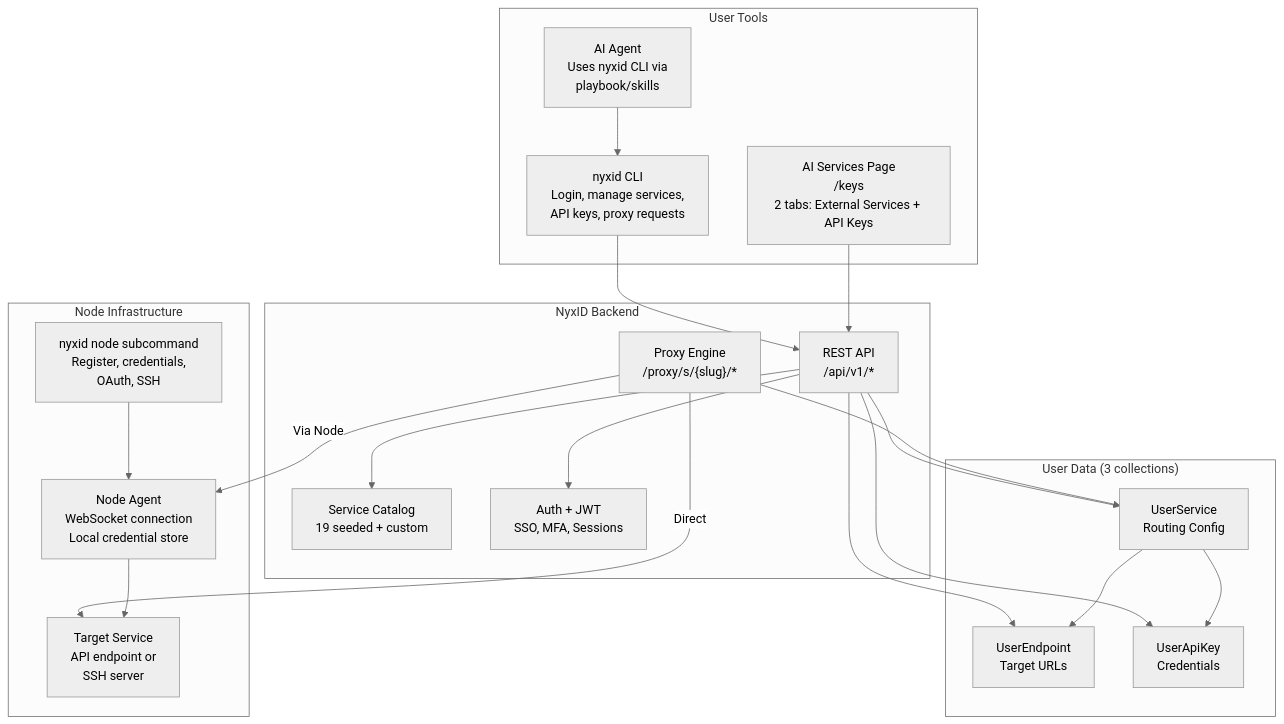
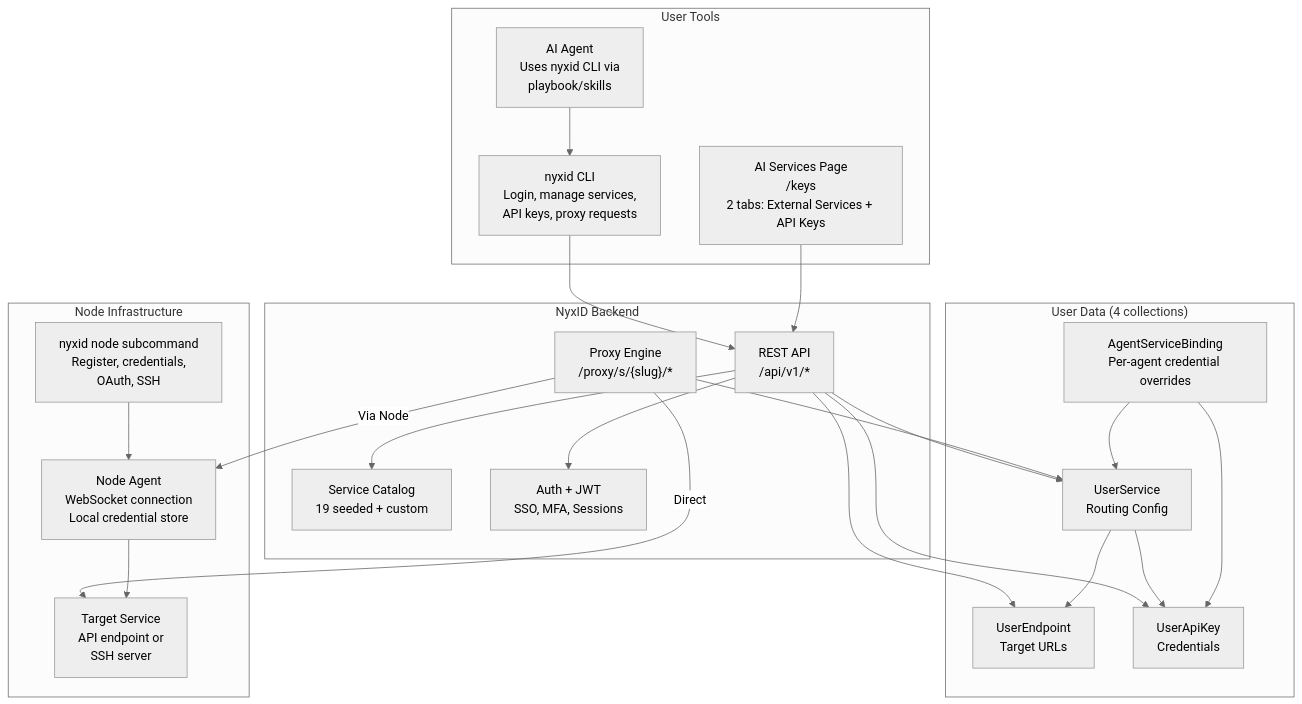
One commit to yonasBSD/NyxID changed the first of 8 diagrams in docs/AI_SERVICES_ARCHITECTURE.md. Above: the diagram before and after it, drawn with Mermaid (neutral theme). The commit also changed other lines of this file and 95 other files, not shown here.

````diff
--- a/docs/AI_SERVICES_ARCHITECTURE.md
+++ b/docs/AI_SERVICES_ARCHITECTURE.md
@@ -11,45 +11,49 @@
 ```mermaid
 graph TB
     subgraph "User Tools"
         CLI["nyxid CLI<br/>Login, manage services,<br/>API keys, proxy requests"]
         WEB["AI Services Page<br/>/keys<br/>2 tabs: External Services + API Keys"]
         AI["AI Agent<br/>Uses nyxid CLI via<br/>playbook/skills"]
     end
 
     subgraph "NyxID Backend"
         API["REST API<br/>/api/v1/*"]
         PROXY["Proxy Engine<br/>/proxy/s/{slug}/*"]
         CATALOG["Service Catalog<br/>19 seeded + custom"]
         AUTH["Auth + JWT<br/>SSO, MFA, Sessions"]
     end
 
-    subgraph "User Data (3 collections)"
+    subgraph "User Data (4 collections)"
         UE["UserEndpoint<br/>Target URLs"]
         UAK["UserApiKey<br/>Credentials"]
         US["UserService<br/>Routing Config"]
+        ASB["AgentServiceBinding<br/>Per-agent credential overrides"]
     end
 
     subgraph "Node Infrastructure"
         NODE_CLI["nyxid node subcommand<br/>Register, credentials,<br/>OAuth, SSH"]
         NODE["Node Agent<br/>WebSocket connection<br/>Local credential store"]
         TARGET["Target Service<br/>API endpoint or<br/>SSH server"]
     end
 
     CLI --> API
     WEB --> API
     AI --> CLI
 
     API --> UE & UAK & US
     API --> CATALOG
     API --> AUTH
 
     PROXY --> US
     US --> UE
     US --> UAK
 
     PROXY -->|"Direct"| TARGET
     PROXY -->|"Via Node"| NODE
     NODE --> TARGET
 
     NODE_CLI --> NODE
+
+    ASB --> US
+    ASB --> UAK
 ```
````
